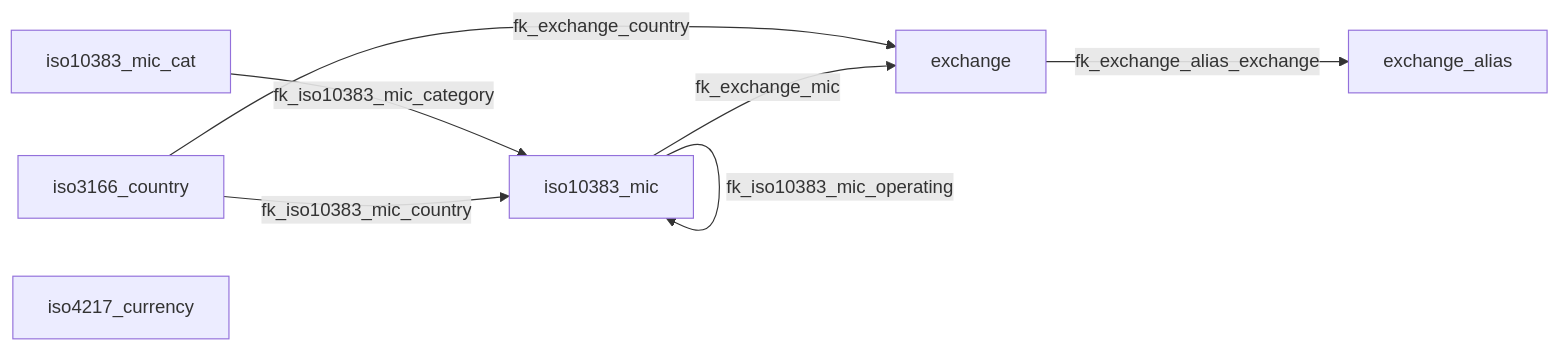
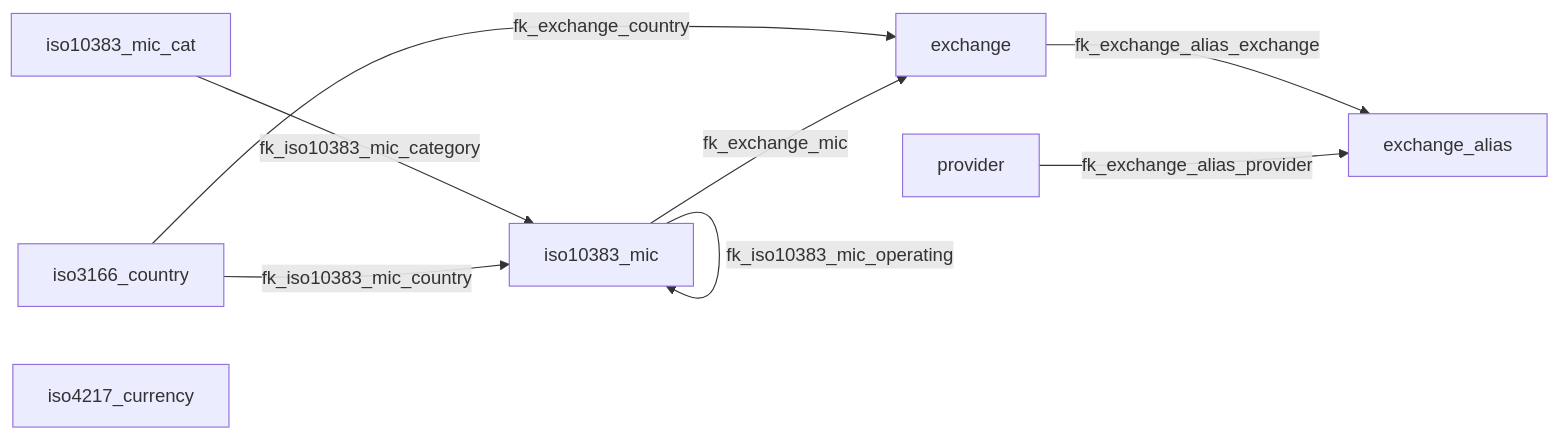
One commit to cmhettinger/empire changed the diagram in docs/db/stonks/generated/erd-groups/market-reference-relations.md. Above: the diagram before and after it, drawn with Mermaid. The commit also changed 79 other files, not shown here.

````diff
--- a/docs/db/stonks/generated/erd-groups/market-reference-relations.md
+++ b/docs/db/stonks/generated/erd-groups/market-reference-relations.md
@@ -1,16 +1,18 @@
 ```mermaid
 flowchart LR
   exchange["exchange"]
   exchange_alias["exchange_alias"]
   iso10383_mic["iso10383_mic"]
   iso10383_mic_cat["iso10383_mic_cat"]
   iso3166_country["iso3166_country"]
   iso4217_currency["iso4217_currency"]
+  provider["provider"]
 
   iso3166_country -->|fk_exchange_country| exchange
   iso10383_mic -->|fk_exchange_mic| exchange
   exchange -->|fk_exchange_alias_exchange| exchange_alias
+  provider -->|fk_exchange_alias_provider| exchange_alias
   iso10383_mic_cat -->|fk_iso10383_mic_category| iso10383_mic
   iso3166_country -->|fk_iso10383_mic_country| iso10383_mic
   iso10383_mic -->|fk_iso10383_mic_operating| iso10383_mic
 ```
````
